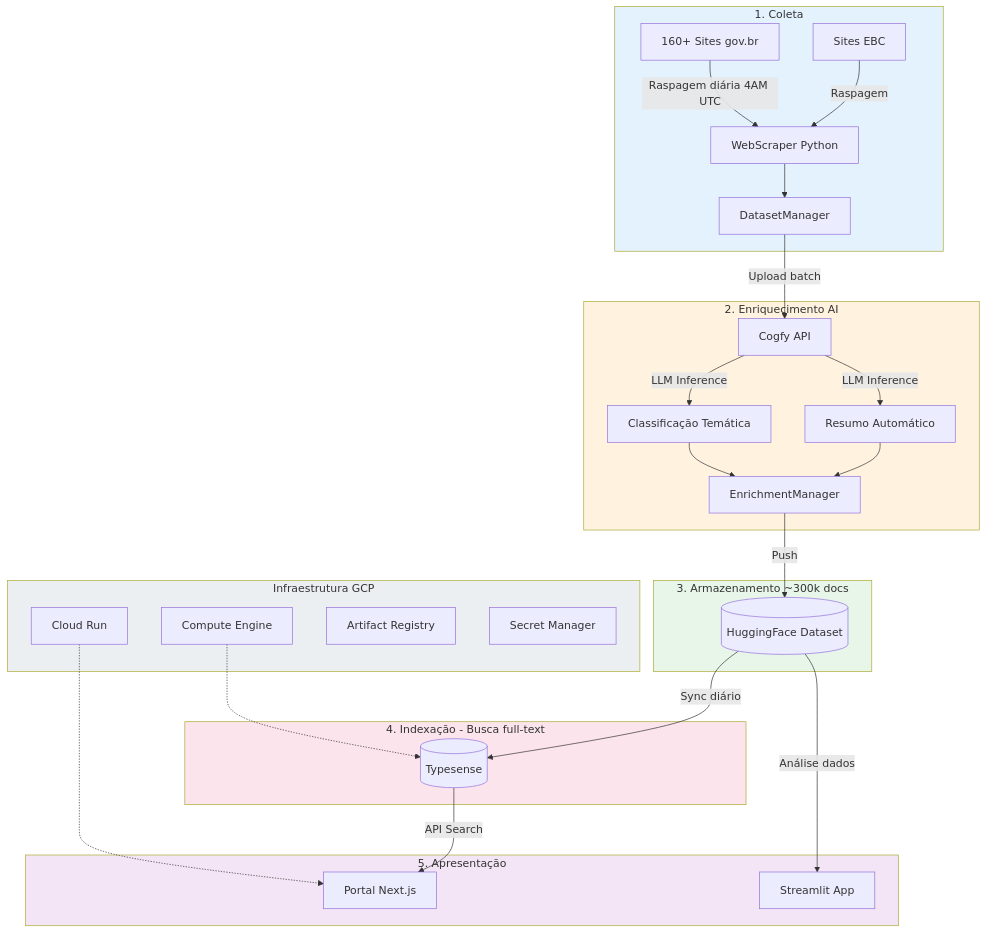
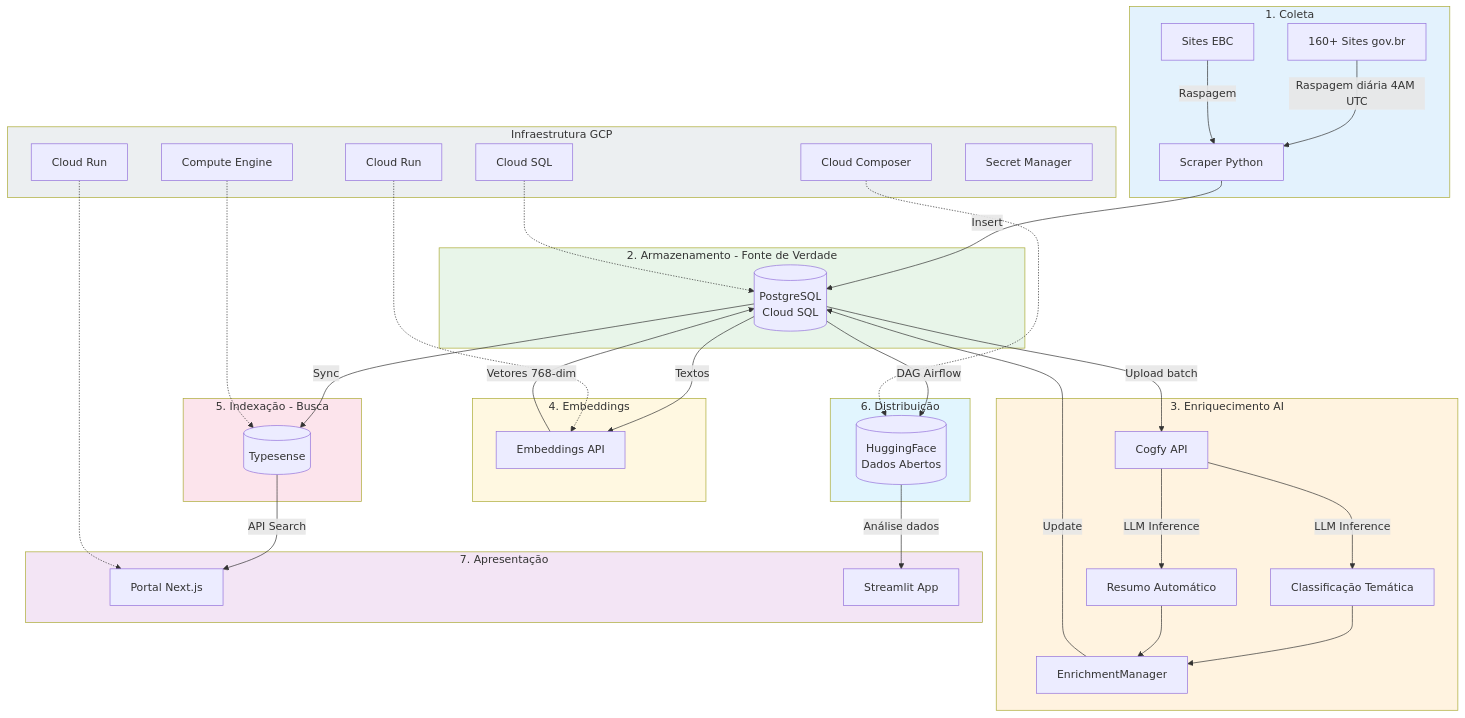
Before and after one commit to destaquesgovbr/docs: the first of 2 diagrams in docs/arquitetura/visao-geral.md, drawn with Mermaid. The commit also changed other lines of this file and 8 other files, not shown here.

First line of the commit message:
docs: atualiza arquitetura para PostgreSQL como fonte de verdade

````diff
--- a/docs/arquitetura/visao-geral.md
+++ b/docs/arquitetura/visao-geral.md
@@ -15,43 +17,56 @@
 ```mermaid
 flowchart TB
     subgraph COLETA["1. Coleta"]
-        A[160+ Sites gov.br] -->|Raspagem diária 4AM UTC| B[WebScraper Python]
+        A[160+ Sites gov.br] -->|Raspagem diária 4AM UTC| B[Scraper Python]
         A2[Sites EBC] -->|Raspagem| B
-        B --> C[DatasetManager]
     end
 
-    subgraph ENRIQUECIMENTO["2. Enriquecimento AI"]
+    subgraph ARMAZENAMENTO["2. Armazenamento - Fonte de Verdade"]
+        B -->|Insert| C[(PostgreSQL<br/>Cloud SQL)]
+    end
+
+    subgraph ENRIQUECIMENTO["3. Enriquecimento AI"]
         C -->|Upload batch| D[Cogfy API]
         D -->|LLM Inference| E[Classificação Temática]
         D -->|LLM Inference| F[Resumo Automático]
         E --> G[EnrichmentManager]
         F --> G
+        G -->|Update| C
     end
 
-    subgraph ARMAZENAMENTO["3. Armazenamento ~300k docs"]
-        G -->|Push| H[(HuggingFace Dataset)]
+    subgraph EMBEDDINGS["4. Embeddings"]
+        C -->|Textos| H[Embeddings API]
+        H -->|Vetores 768-dim| C
     end
 
-    subgraph INDEXACAO["4. Indexação - Busca full-text"]
-        H -->|Sync diário| I[(Typesense)]
+    subgraph INDEXACAO["5. Indexação - Busca"]
+        C -->|Sync| I[(Typesense)]
     end
 
-    subgraph APRESENTACAO["5. Apresentação"]
-        I -->|API Search| J[Portal Next.js]
-        H -->|Análise dados| K[Streamlit App]
+    subgraph DISTRIBUICAO["6. Distribuição"]
+        C -->|DAG Airflow| J[(HuggingFace<br/>Dados Abertos)]
+    end
+
+    subgraph APRESENTACAO["7. Apresentação"]
+        I -->|API Search| K[Portal Next.js]
+        J -->|Análise dados| L[Streamlit App]
     end
 
     subgraph INFRA["Infraestrutura GCP"]
-        L[Cloud Run] -.-> J
-        M[Compute Engine] -.-> I
-        N[Artifact Registry]
-        O[Secret Manager]
+        M[Cloud Run] -.-> K
+        M2[Cloud Run] -.-> H
+        N[Compute Engine] -.-> I
+        O[Cloud SQL] -.-> C
+        P[Cloud Composer] -.-> J
+        Q[Secret Manager]
     end
 
     style COLETA fill:#e3f2fd
+    style ARMAZENAMENTO fill:#e8f5e9
     style ENRIQUECIMENTO fill:#fff3e0
-    style ARMAZENAMENTO fill:#e8f5e9
+    style EMBEDDINGS fill:#fff8e1
     style INDEXACAO fill:#fce4ec
+    style DISTRIBUICAO fill:#e1f5fe
     style APRESENTACAO fill:#f3e5f5
     style INFRA fill:#eceff1
 ```
````
